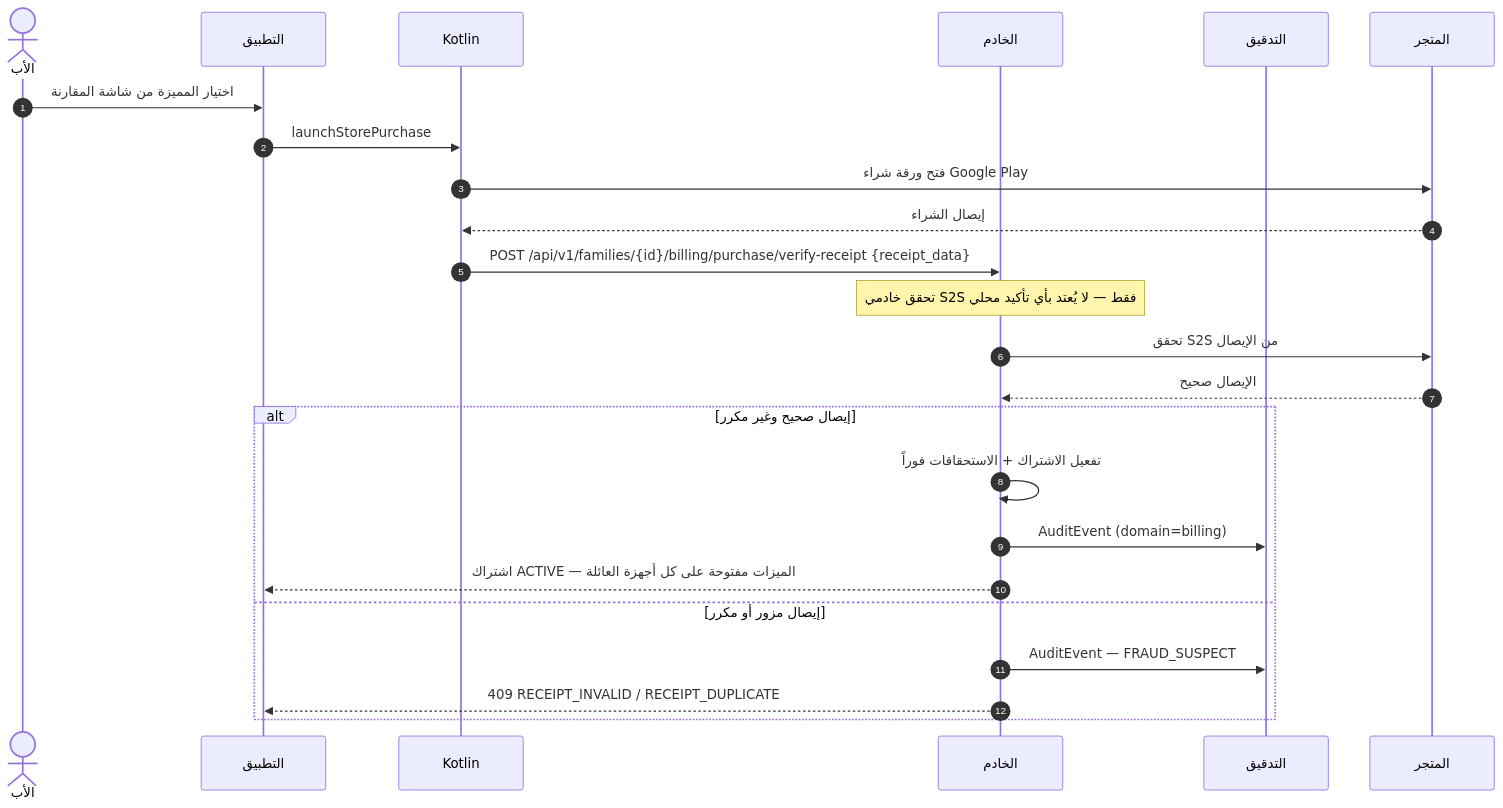
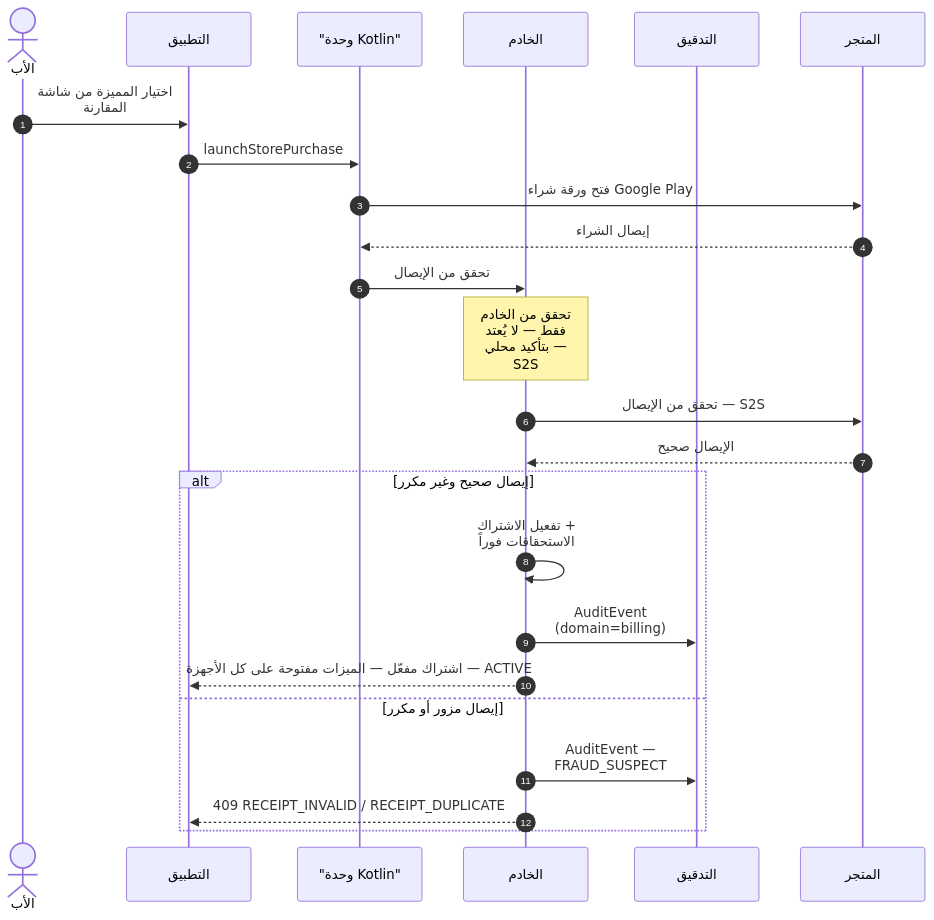
The fourth of 25 diagrams in docs/family-os/governance/phases/phase-1/S1-04-plans-and-subscriptions/DIAGRAMS.md (Bassam-mohammed-alqaeadi/family-os-v2), drawn with Mermaid before and after one commit. The commit also changed other lines of this file, not shown here.

````diff
--- a/docs/family-os/governance/phases/phase-1/S1-04-plans-and-subscriptions/DIAGRAMS.md
+++ b/docs/family-os/governance/phases/phase-1/S1-04-plans-and-subscriptions/DIAGRAMS.md
@@ -218,26 +218,27 @@
 ```mermaid
+%%{init: {"sequence": {"wrap": true}}}%%
 sequenceDiagram
     autonumber
     actor Father as الأب
     participant App as التطبيق
-    participant K as Kotlin
+    participant K as "وحدة Kotlin"
     participant Ktor as الخادم
     participant Audit as التدقيق
-    participant Store as المتجر
+    participant AppStore as المتجر
     Father->>App: اختيار المميزة من شاشة المقارنة
     App->>K: launchStorePurchase
-    K->>Store: فتح ورقة شراء Google Play
-    Store-->>K: إيصال الشراء
-    K->>Ktor: POST /api/v1/families/{id}/billing/purchase/verify-receipt {receipt_data}
-    Note over Ktor: تحقق خادمي S2S فقط — لا يُعتد بأي تأكيد محلي
-    Ktor->>Store: تحقق S2S من الإيصال
-    Store-->>Ktor: الإيصال صحيح
+    K->>AppStore: فتح ورقة شراء Google Play
+    AppStore-->>K: إيصال الشراء
+    K->>Ktor: تحقق من الإيصال
+    Note over Ktor: تحقق من الخادم فقط — لا يُعتد بتأكيد محلي — S2S
+    Ktor->>AppStore: تحقق من الإيصال — S2S
+    AppStore-->>Ktor: الإيصال صحيح
     alt إيصال صحيح وغير مكرر
         Ktor->>Ktor: تفعيل الاشتراك + الاستحقاقات فوراً
         Ktor->>Audit: AuditEvent (domain=billing)
-        Ktor-->>App: اشتراك ACTIVE — الميزات مفتوحة على كل أجهزة العائلة
+        Ktor-->>App: اشتراك مفعّل — الميزات مفتوحة على كل الأجهزة — ACTIVE
     else إيصال مزور أو مكرر
         Ktor->>Audit: AuditEvent — FRAUD_SUSPECT
         Ktor-->>App: 409 RECEIPT_INVALID / RECEIPT_DUPLICATE
     end
 ```
````
